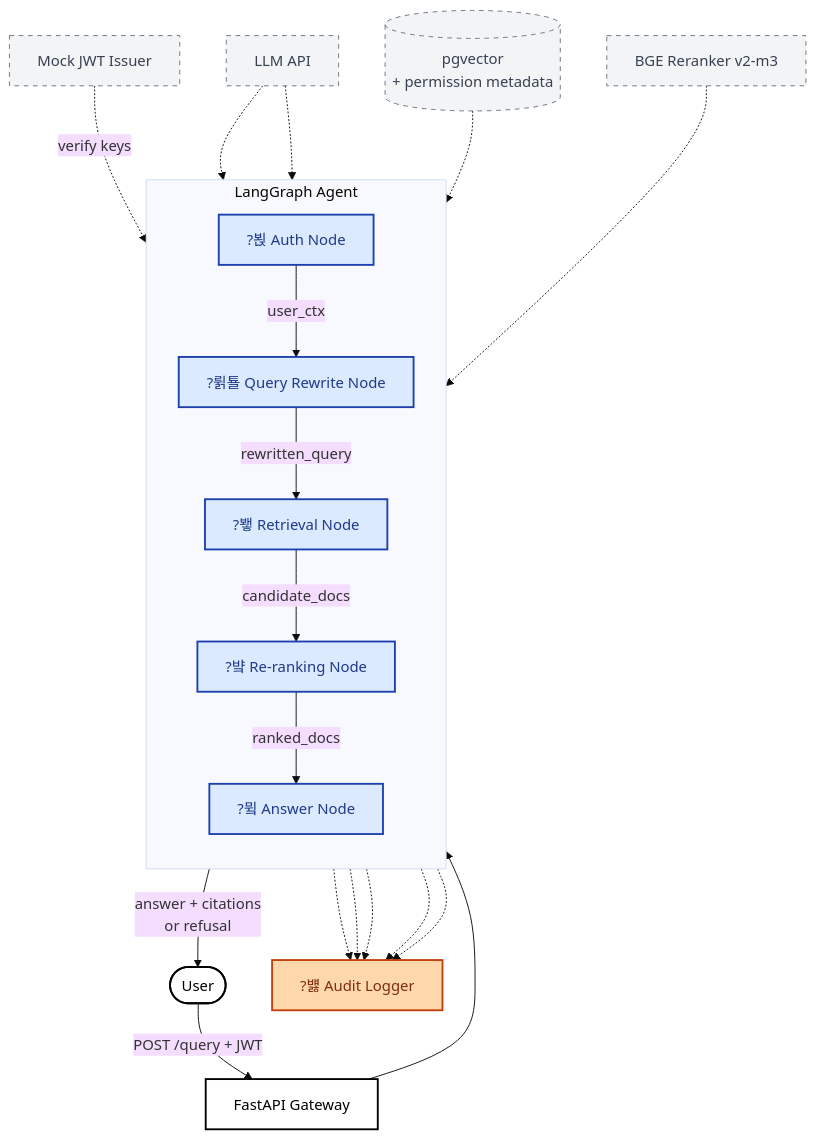
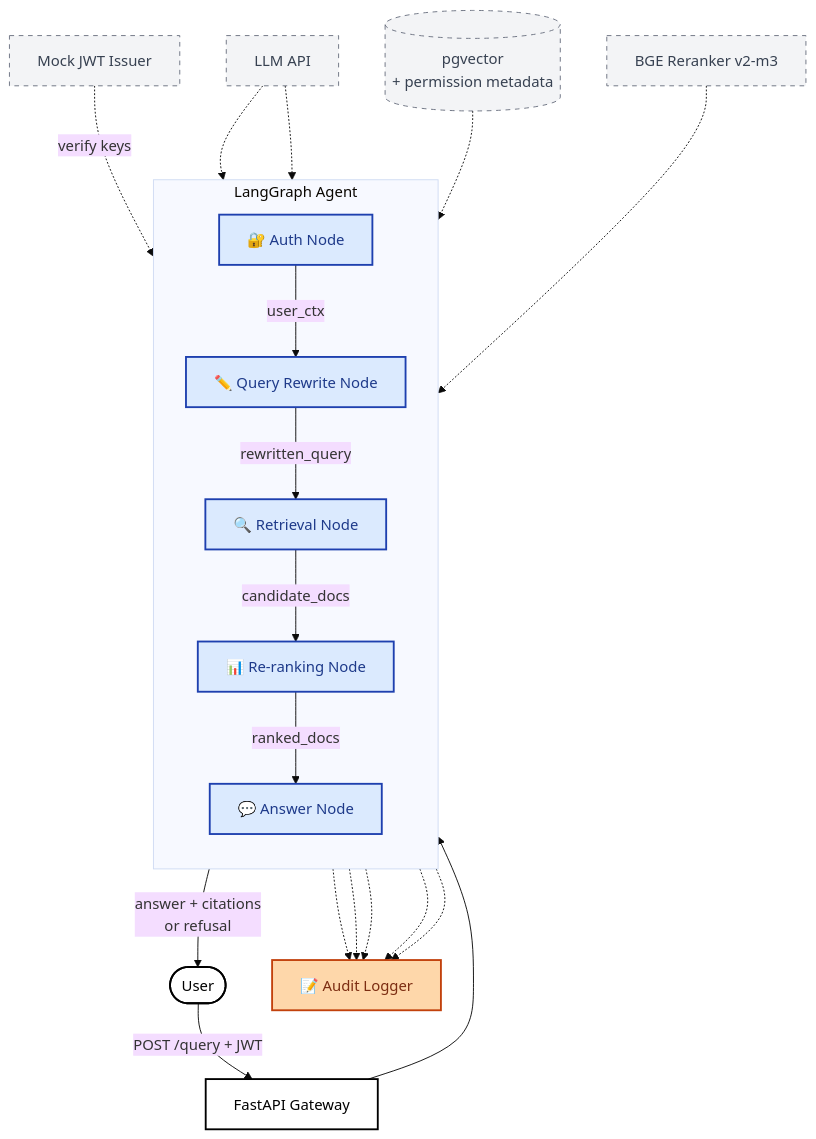
One commit to parkjongmin-ddam/permission-aware-rag changed the diagram in README.md. Above: the diagram before and after it, drawn with Mermaid (base theme). The commit also changed other lines of this file, not shown here.

````diff
--- a/README.md
+++ b/README.md
@@ -31,38 +31,38 @@
 ```mermaid
 flowchart TD
     User([User])
     User -->|POST /query + JWT| FastAPI[FastAPI Gateway]
     FastAPI --> Auth
     Answer -->|answer + citations<br/>or refusal| User
 
     subgraph LangGraph["LangGraph Agent"]
         direction TB
-        Auth["?뵍 Auth Node"] -->|user_ctx| QR["?륅툘 Query Rewrite Node"]
-        QR -->|rewritten_query| Retrieval["?뵇 Retrieval Node"]
-        Retrieval -->|candidate_docs| Rerank["?뱤 Re-ranking Node"]
-        Rerank -->|ranked_docs| Answer["?뮠 Answer Node"]
+        Auth["🔐 Auth Node"] -->|user_ctx| QR["✏️ Query Rewrite Node"]
+        QR -->|rewritten_query| Retrieval["🔍 Retrieval Node"]
+        Retrieval -->|candidate_docs| Rerank["📊 Re-ranking Node"]
+        Rerank -->|ranked_docs| Answer["💬 Answer Node"]
     end
 
     Mock["Mock JWT Issuer"] -.->|verify keys| Auth
     LLM["LLM API"] -.-> QR
     LLM -.-> Answer
     PG[("pgvector<br/>+ permission metadata")] -.-> Retrieval
     BGE["BGE Reranker v2-m3"] -.-> Rerank
 
-    Audit["?뱷 Audit Logger"]
+    Audit["📝 Audit Logger"]
     Auth -.-> Audit
     QR -.-> Audit
     Retrieval -.-> Audit
     Rerank -.-> Audit
     Answer -.-> Audit
 
     classDef nodeStyle fill:#dbeafe,stroke:#1e40af,stroke-width:2px,color:#1e3a8a
     classDef externalStyle fill:#f3f4f6,stroke:#6b7280,stroke-width:1px,stroke-dasharray:5 5,color:#374151
     classDef auditStyle fill:#fed7aa,stroke:#c2410c,stroke-width:2px,color:#7c2d12
     classDef userStyle fill:#ffffff,stroke:#000000,stroke-width:2px,color:#000000
 
     class Auth,QR,Retrieval,Rerank,Answer nodeStyle
     class Mock,LLM,PG,BGE externalStyle
     class Audit auditStyle
     class User,FastAPI userStyle
 ```
````
